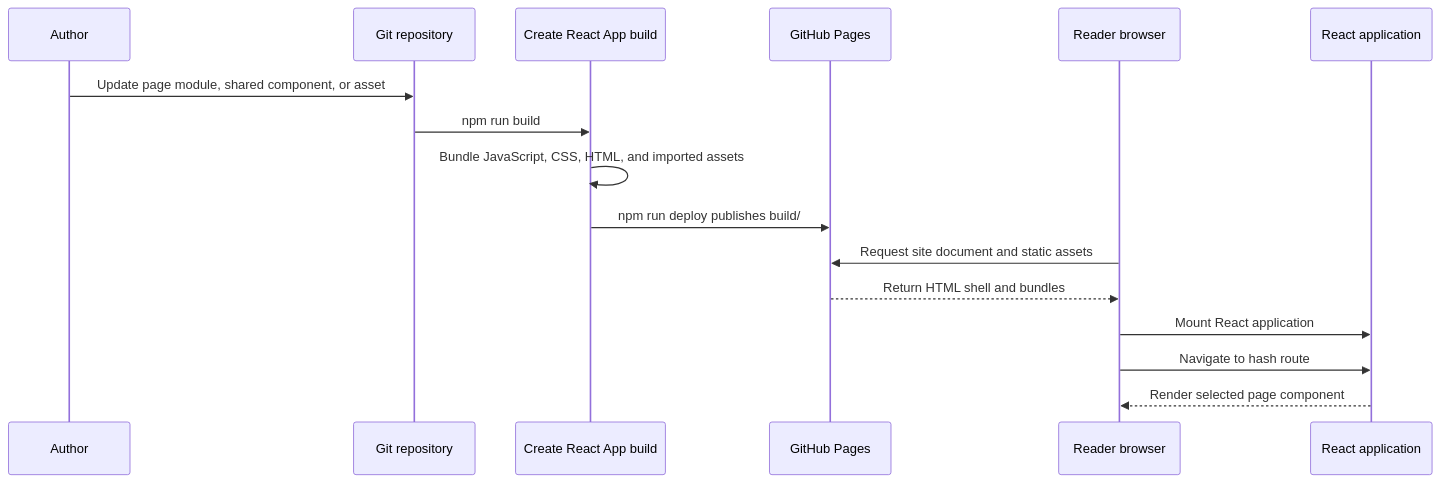
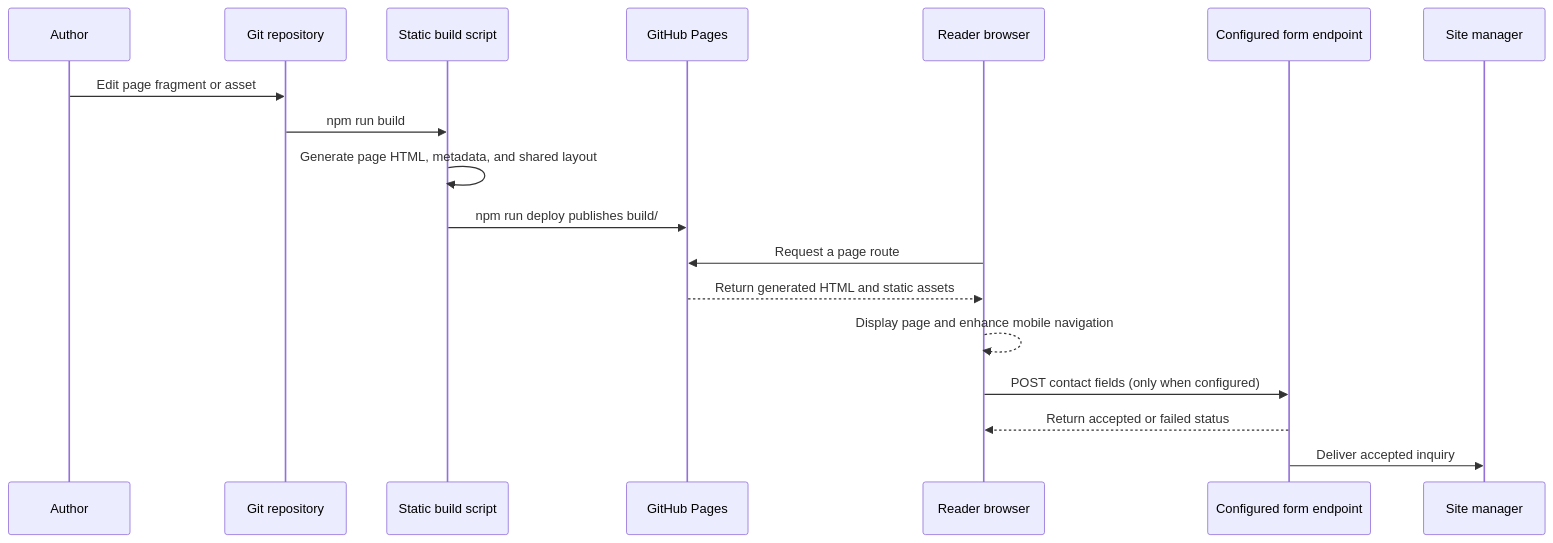
The second of 2 diagrams in docs/system-architecture.md (cloudful-io/cloudful-io.github.io), drawn with Mermaid before and after one commit. The commit also changed other lines of this file and 25 other files, not shown here.

````diff
--- a/docs/system-architecture.md
+++ b/docs/system-architecture.md
@@ -55,19 +51,21 @@
 ```mermaid
 sequenceDiagram
     participant Author
     participant Repo as Git repository
-    participant Build as Create React App build
+    participant Build as Static build script
     participant Host as GitHub Pages
     participant Browser as Reader browser
-    participant App as React application
+    participant Endpoint as Configured form endpoint
+    participant Manager as Site manager
 
-    Author->>Repo: Update page module, shared component, or asset
+    Author->>Repo: Edit page fragment or asset
     Repo->>Build: npm run build
-    Build->>Build: Bundle JavaScript, CSS, HTML, and imported assets
+    Build->>Build: Generate page HTML, metadata, and shared layout
     Build->>Host: npm run deploy publishes build/
-    Browser->>Host: Request site document and static assets
-    Host-->>Browser: Return HTML shell and bundles
-    Browser->>App: Mount React application
-    Browser->>App: Navigate to hash route
-    App-->>Browser: Render selected page component
+    Browser->>Host: Request a page route
+    Host-->>Browser: Return generated HTML and static assets
+    Browser-->>Browser: Display page and enhance mobile navigation
+    Browser->>Endpoint: POST contact fields (only when configured)
+    Endpoint-->>Browser: Return accepted or failed status
+    Endpoint->>Manager: Deliver accepted inquiry
 ```
````
